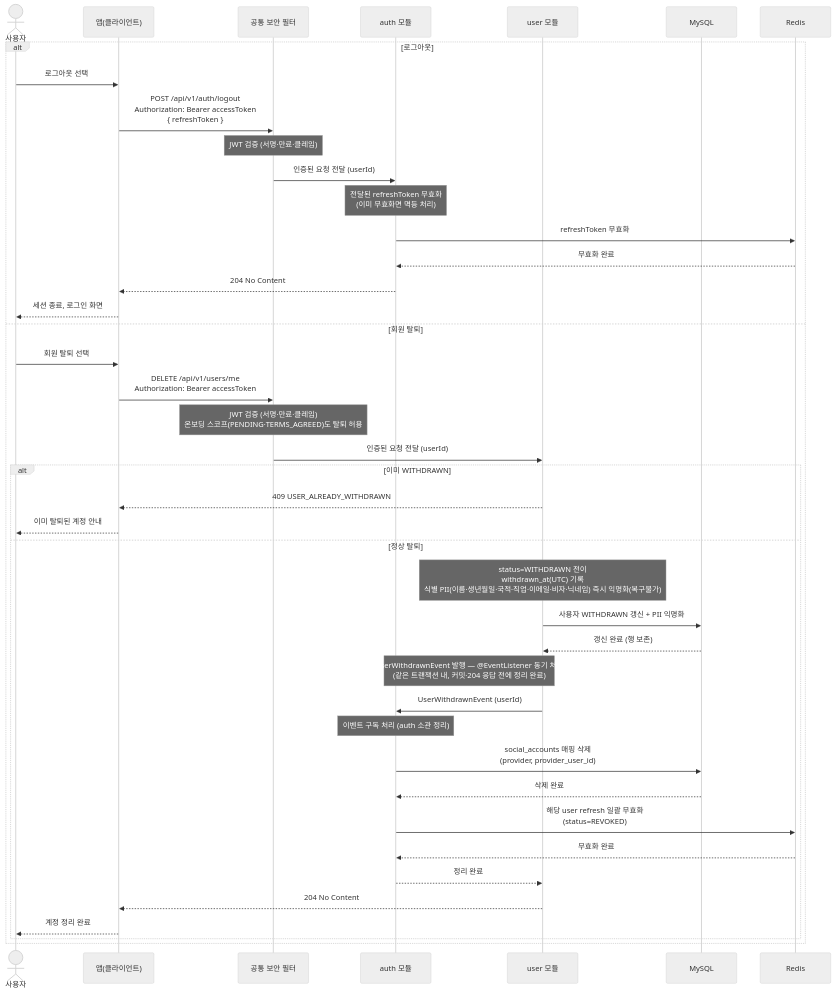
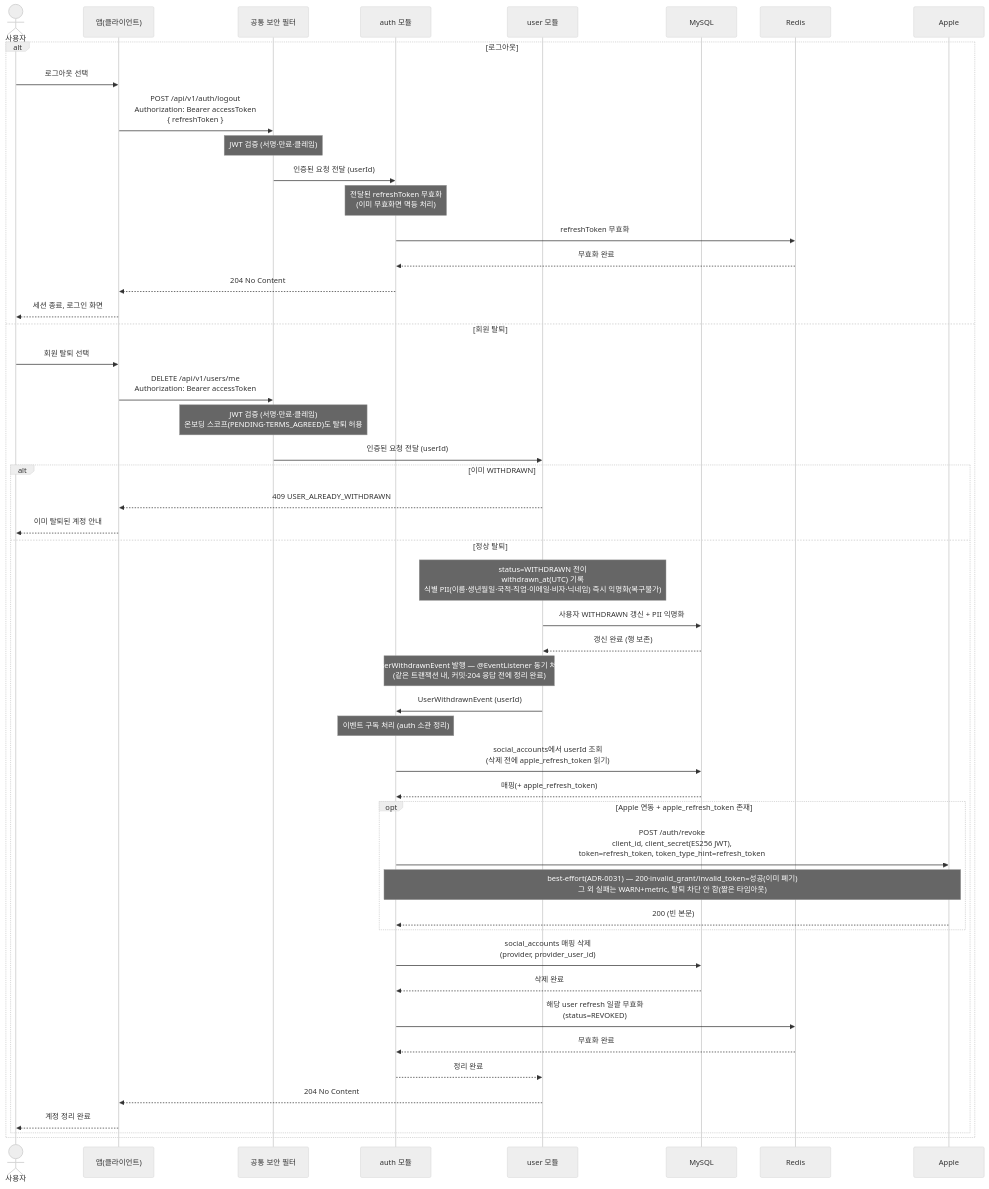
Before and after one commit to jameskim9509/Kohere-backend: the diagram in docs/architecture/sequence-diagrams/01-auth-onboarding/us-1-4-logout-withdraw.md, drawn with Mermaid (neutral theme). The commit also changed other lines of this file and 7 other files, not shown here.

First line of the commit message:
docs(auth): Apple 로그인 인가코드 방식 전환 설계 문서화

````diff
--- a/docs/architecture/sequence-diagrams/01-auth-onboarding/us-1-4-logout-withdraw.md
+++ b/docs/architecture/sequence-diagrams/01-auth-onboarding/us-1-4-logout-withdraw.md
@@ -5,45 +5,53 @@
 ```mermaid
 sequenceDiagram
     actor U as 사용자
     participant C as 앱(클라이언트)
     participant SEC as 공통 보안 필터
     participant AUTH as auth 모듈
     participant USER as user 모듈
     participant SQL as MySQL
     participant RDS as Redis
+    participant AP as Apple
 
     alt 로그아웃
         U->>C: 로그아웃 선택
         C->>SEC: POST /api/v1/auth/logout<br/>Authorization: Bearer accessToken<br/>{ refreshToken }
         Note over SEC: JWT 검증 (서명·만료·클레임)
         SEC->>AUTH: 인증된 요청 전달 (userId)
         Note over AUTH: 전달된 refreshToken 무효화<br/>(이미 무효화면 멱등 처리)
         AUTH->>RDS: refreshToken 무효화
         RDS-->>AUTH: 무효화 완료
         AUTH-->>C: 204 No Content
         C-->>U: 세션 종료, 로그인 화면
     else 회원 탈퇴
         U->>C: 회원 탈퇴 선택
         C->>SEC: DELETE /api/v1/users/me<br/>Authorization: Bearer accessToken
         Note over SEC: JWT 검증 (서명·만료·클레임)<br/>온보딩 스코프(PENDING·TERMS_AGREED)도 탈퇴 허용
         SEC->>USER: 인증된 요청 전달 (userId)
         alt 이미 WITHDRAWN
             USER-->>C: 409 USER_ALREADY_WITHDRAWN
             C-->>U: 이미 탈퇴된 계정 안내
         else 정상 탈퇴
             Note over USER: status=WITHDRAWN 전이<br/>withdrawn_at(UTC) 기록<br/>식별 PII(이름·생년월일·국적·직업·이메일·비자·닉네임) 즉시 익명화(복구불가)
             USER->>SQL: 사용자 WITHDRAWN 갱신 + PII 익명화
             SQL-->>USER: 갱신 완료 (행 보존)
             Note over USER,AUTH: UserWithdrawnEvent 발행 — @EventListener 동기 처리<br/>(같은 트랜잭션 내, 커밋·204 응답 전에 정리 완료)
             USER->>AUTH: UserWithdrawnEvent (userId)
             Note over AUTH: 이벤트 구독 처리 (auth 소관 정리)
+            AUTH->>SQL: social_accounts에서 userId 조회<br/>(삭제 전에 apple_refresh_token 읽기)
+            SQL-->>AUTH: 매핑(+ apple_refresh_token)
+            opt Apple 연동 + apple_refresh_token 존재
+                AUTH->>AP: POST /auth/revoke<br/>client_id, client_secret(ES256 JWT),<br/>token=refresh_token, token_type_hint=refresh_token
+                Note over AUTH,AP: best-effort(ADR-0031) — 200·invalid_grant/invalid_token=성공(이미 폐기)<br/>그 외 실패는 WARN+metric, 탈퇴 차단 안 함(짧은 타임아웃)
+                AP-->>AUTH: 200 (빈 본문)
+            end
             AUTH->>SQL: social_accounts 매핑 삭제<br/>(provider, provider_user_id)
             SQL-->>AUTH: 삭제 완료
             AUTH->>RDS: 해당 user refresh 일괄 무효화<br/>(status=REVOKED)
             RDS-->>AUTH: 무효화 완료
             AUTH-->>USER: 정리 완료
             USER-->>C: 204 No Content
             C-->>U: 계정 정리 완료
         end
     end
 ```
````
